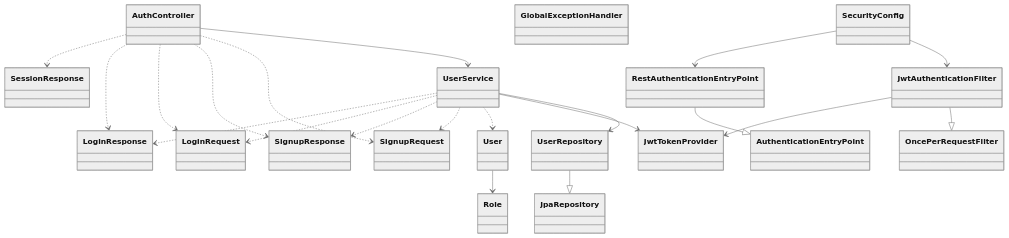
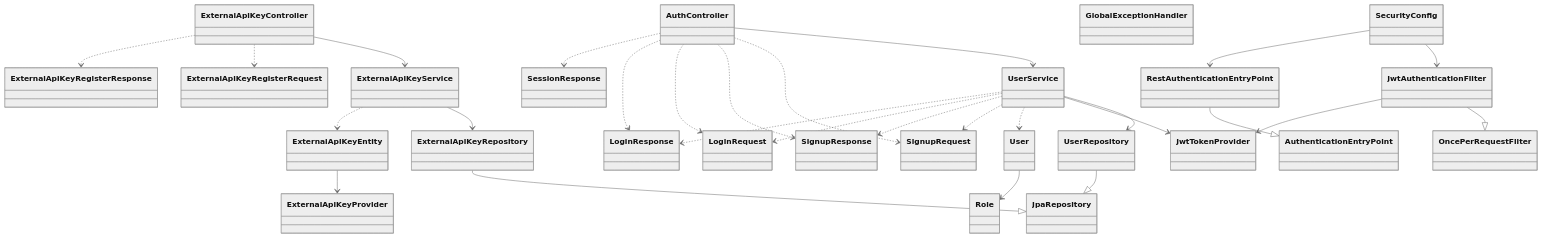
One commit to Zero-Bug-Freinds/ai-api-usage-monitor changed the second of 7 diagrams in docs/class-diagram.md. Above: the diagram before and after it, drawn with Mermaid (neutral theme). The commit also changed 1 other file, not shown here.

Commit message:
[docs] 개인 External API Key 등록 관련 아키텍처 문서 수정
docs/c4-architecture-diagrams.md
W1: api Route Handlers에 auth/... external-keys를 포함하도록 갱신했습니다.
W2: 시퀀스 다이어그램에 POST /api/auth/external-keys 흐름을 추가했습니다.
W3: Route Handler 레이어에 POST external-keys 노드와 의존 관계(client-fetch → handler → Zod/types → Identity)를 추가했습니다.
참고 코드/문서 목록: apps/web/src/app/api/auth/external-keys/route.ts를 추가했습니다.
docs/class-diagram.md
Identity 섹션에 실제 identity-service 코드에 존재하는 클래스명 기준으로 External API Key 등록 흐름을 다이어그램에 추가했습니다(컨트롤러/서비스/리포지토리/엔티티/DTO/프로바이더).

````diff
--- a/docs/class-diagram.md
+++ b/docs/class-diagram.md
@@ -53,44 +53,59 @@
 ```mermaid
 classDiagram
 direction TB
 
 class AuthController
+class ExternalApiKeyController
 class GlobalExceptionHandler
 class UserService
+class ExternalApiKeyService
 class UserRepository
+class ExternalApiKeyRepository
 class JpaRepository
 class User
 class Role
+class ExternalApiKeyEntity
+class ExternalApiKeyProvider
 class SignupRequest
 class SignupResponse
 class LoginRequest
 class LoginResponse
 class SessionResponse
+class ExternalApiKeyRegisterRequest
+class ExternalApiKeyRegisterResponse
 class SecurityConfig
 class JwtAuthenticationFilter
 class OncePerRequestFilter
 class JwtTokenProvider
 class RestAuthenticationEntryPoint
 class AuthenticationEntryPoint
 
 AuthController --> UserService
 AuthController ..> SignupRequest
 AuthController ..> SignupResponse
 AuthController ..> LoginRequest
 AuthController ..> LoginResponse
 AuthController ..> SessionResponse
 UserService --> UserRepository
 UserService --> JwtTokenProvider
 UserService ..> User
 UserService ..> SignupRequest
 UserService ..> SignupResponse
 UserService ..> LoginRequest
 UserService ..> LoginResponse
 UserRepository --|> JpaRepository
 User --> Role
+
+ExternalApiKeyController --> ExternalApiKeyService
+ExternalApiKeyController ..> ExternalApiKeyRegisterRequest
+ExternalApiKeyController ..> ExternalApiKeyRegisterResponse
+ExternalApiKeyService --> ExternalApiKeyRepository
+ExternalApiKeyService ..> ExternalApiKeyEntity
+ExternalApiKeyEntity --> ExternalApiKeyProvider
+ExternalApiKeyRepository --|> JpaRepository
 JwtAuthenticationFilter --|> OncePerRequestFilter
 JwtAuthenticationFilter --> JwtTokenProvider
 RestAuthenticationEntryPoint --|> AuthenticationEntryPoint
 SecurityConfig --> JwtAuthenticationFilter
 SecurityConfig --> RestAuthenticationEntryPoint
 ```
````
